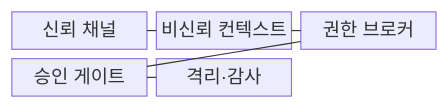
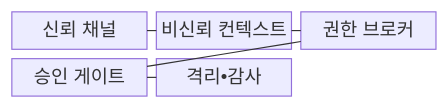
The first of 2 diagrams in src/content/docs/notes/08-latest-tech/116_prompt_injection.md (agnusdei1207/knowledge-base), drawn with Mermaid before and after one commit. The commit also changed other lines of this file and 953 other files, not shown here.

````diff
--- a/src/content/docs/notes/08-latest-tech/116_prompt_injection.md
+++ b/src/content/docs/notes/08-latest-tech/116_prompt_injection.md
@@ -68,13 +68,13 @@
 ```mermaid
 block-beta
   columns 3
   A["신뢰 채널"]
   B["비신뢰 컨텍스트"]
   C["권한 브로커"]
   D["승인 게이트"]
-  E["격리·감사"]
+  E["격리•감사"]
   A --- B
   B --- C
   C --- D
   D --- E
 ```
````
